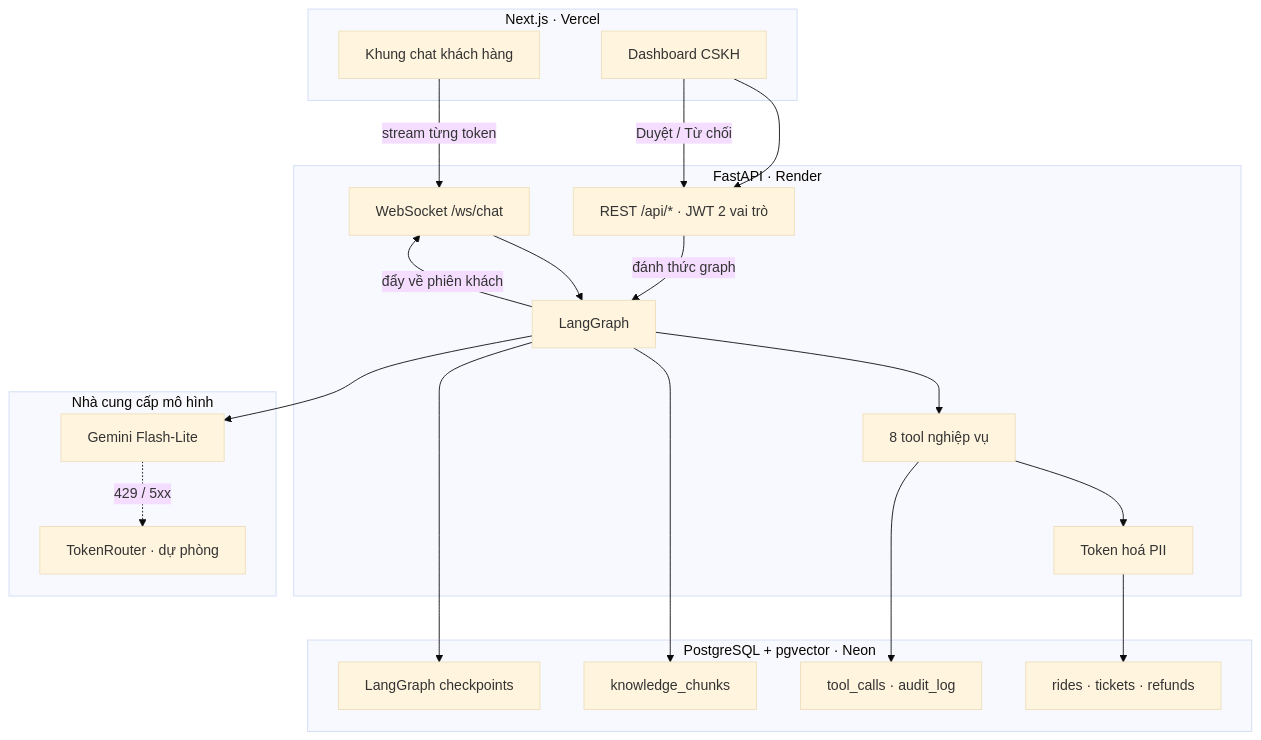
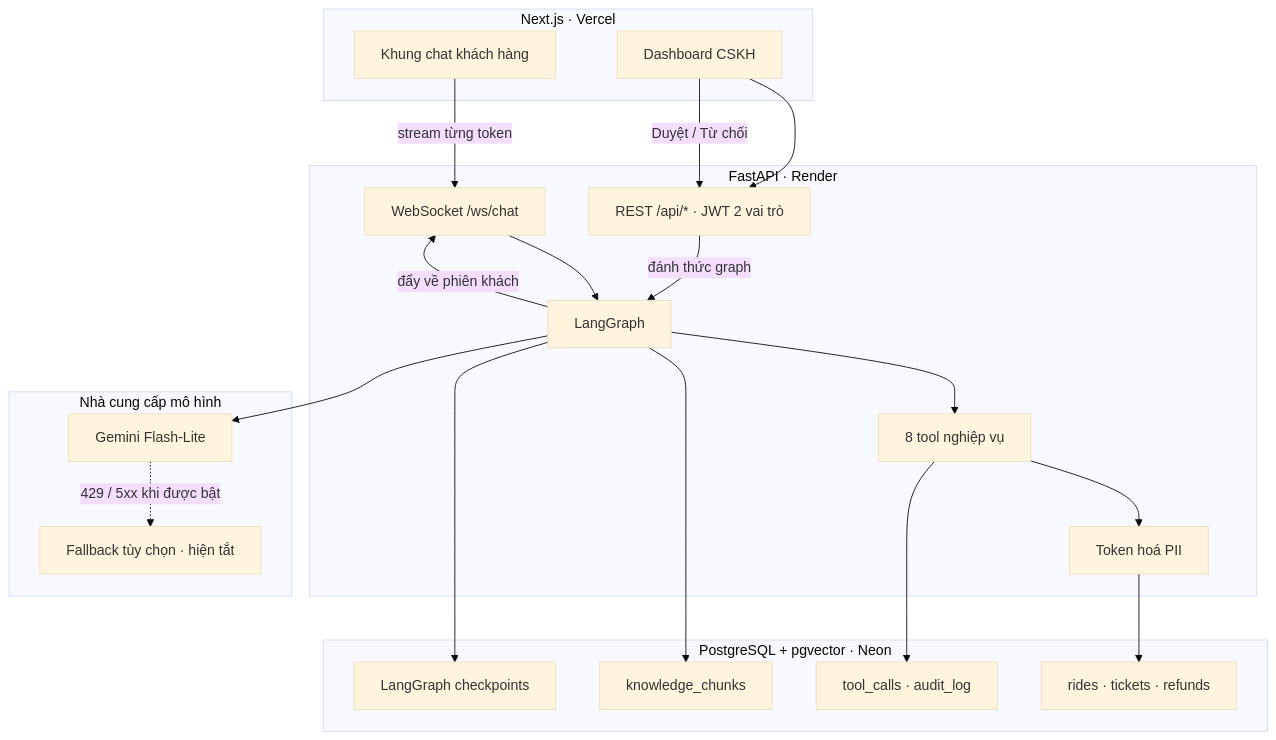
One commit to dnnnam188/GSM01 changed the diagram in README.md. Above: the diagram before and after it, drawn with Mermaid (base theme). The commit also changed other lines of this file and 11 other files, not shown here.

````diff
--- a/README.md
+++ b/README.md
@@ -25,42 +25,42 @@
 ```mermaid
 graph TD
     subgraph FE["Next.js · Vercel"]
         C["Khung chat khách hàng"]
         D["Dashboard CSKH"]
     end
 
     subgraph BE["FastAPI · Render"]
         WS["WebSocket /ws/chat"]
         API["REST /api/* · JWT 2 vai trò"]
         G["LangGraph"]
         T["8 tool nghiệp vụ"]
         P["Token hoá PII"]
     end
 
     subgraph DB["PostgreSQL + pgvector · Neon"]
         BIZ["rides · tickets · refunds"]
         VEC["knowledge_chunks"]
         CK["LangGraph checkpoints"]
         LOG["tool_calls · audit_log"]
     end
 
     subgraph LLM["Nhà cung cấp mô hình"]
         GEM["Gemini Flash-Lite"]
-        FB["TokenRouter · dự phòng"]
+        FB["Fallback tùy chọn · hiện tắt"]
     end
 
     C -->|"stream từng token"| WS
     D --> API
     WS --> G
     G --> T
     T --> P
     P --> BIZ
     G --> VEC
     G --> CK
     T --> LOG
     G --> GEM
-    GEM -.->|"429 / 5xx"| FB
+    GEM -.->|"429 / 5xx khi được bật"| FB
     D -->|"Duyệt / Từ chối"| API
     API -->|"đánh thức graph"| G
     G -->|"đẩy về phiên khách"| WS
 ```
````
